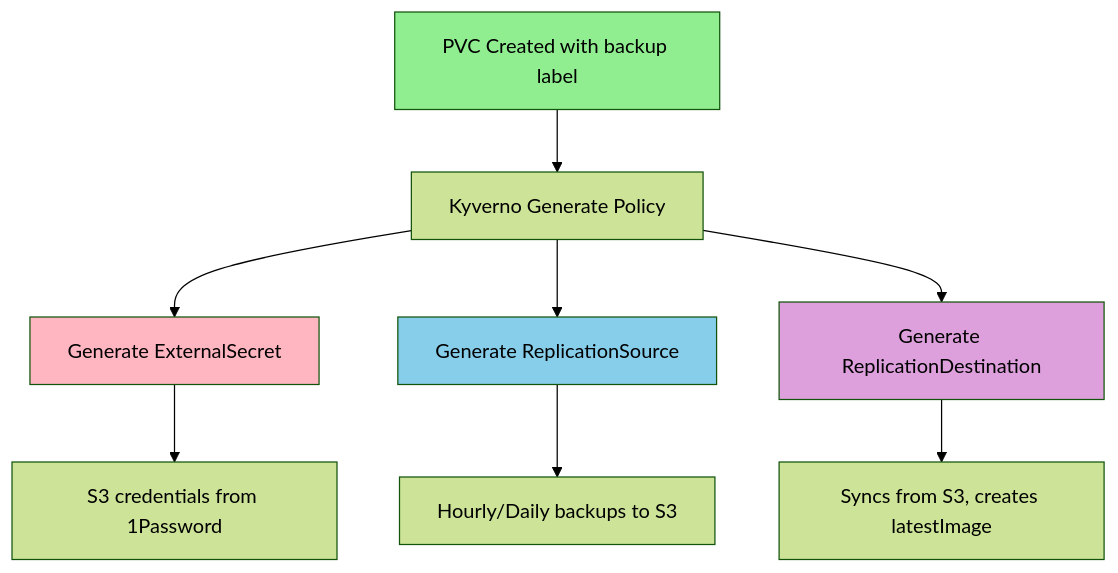
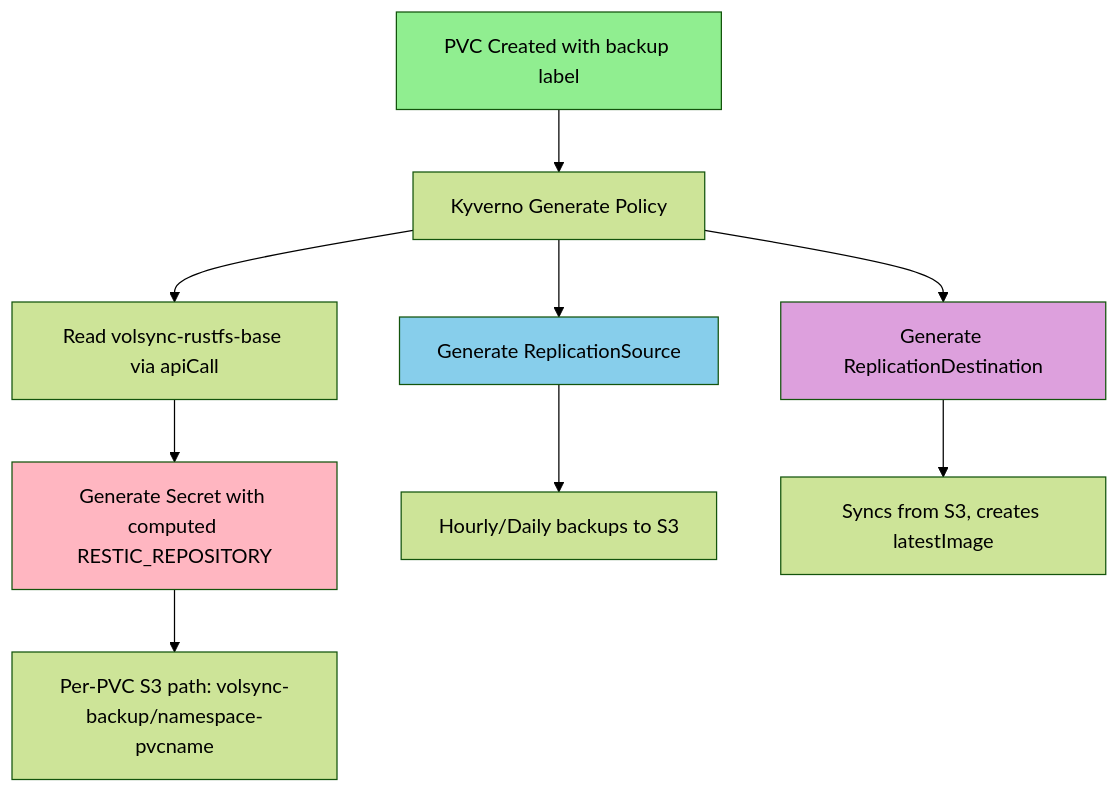
The first of 5 diagrams in docs/storage-architecture.md (mitchross/talos-argocd-proxmox), drawn with Mermaid (forest theme) before and after one commit. The commit also changed other lines of this file and 66 other files, not shown here.

First line of the commit message:
refactor(volsync): migrate to zero-touch backup architecture

````diff
--- a/docs/storage-architecture.md
+++ b/docs/storage-architecture.md
@@ -106,16 +113,17 @@
 ```mermaid
 graph TD
     A[PVC Created with backup label] --> B[Kyverno Generate Policy]
-    B --> C[Generate ExternalSecret]
-    B --> D[Generate ReplicationSource]
-    B --> E[Generate ReplicationDestination]
+    B --> C[Read volsync-rustfs-base via apiCall]
+    C --> D[Generate Secret with computed RESTIC_REPOSITORY]
+    B --> E[Generate ReplicationSource]
+    B --> F[Generate ReplicationDestination]
 
-    C --> F[S3 credentials from 1Password]
-    D --> G[Hourly/Daily backups to S3]
-    E --> H[Syncs from S3, creates latestImage]
+    D --> G[Per-PVC S3 path: volsync-backup/namespace-pvcname]
+    E --> H[Hourly/Daily backups to S3]
+    F --> I[Syncs from S3, creates latestImage]
 
     style A fill:#90EE90
-    style C fill:#FFB6C1
-    style D fill:#87CEEB
-    style E fill:#DDA0DD
+    style D fill:#FFB6C1
+    style E fill:#87CEEB
+    style F fill:#DDA0DD
 ```
````
